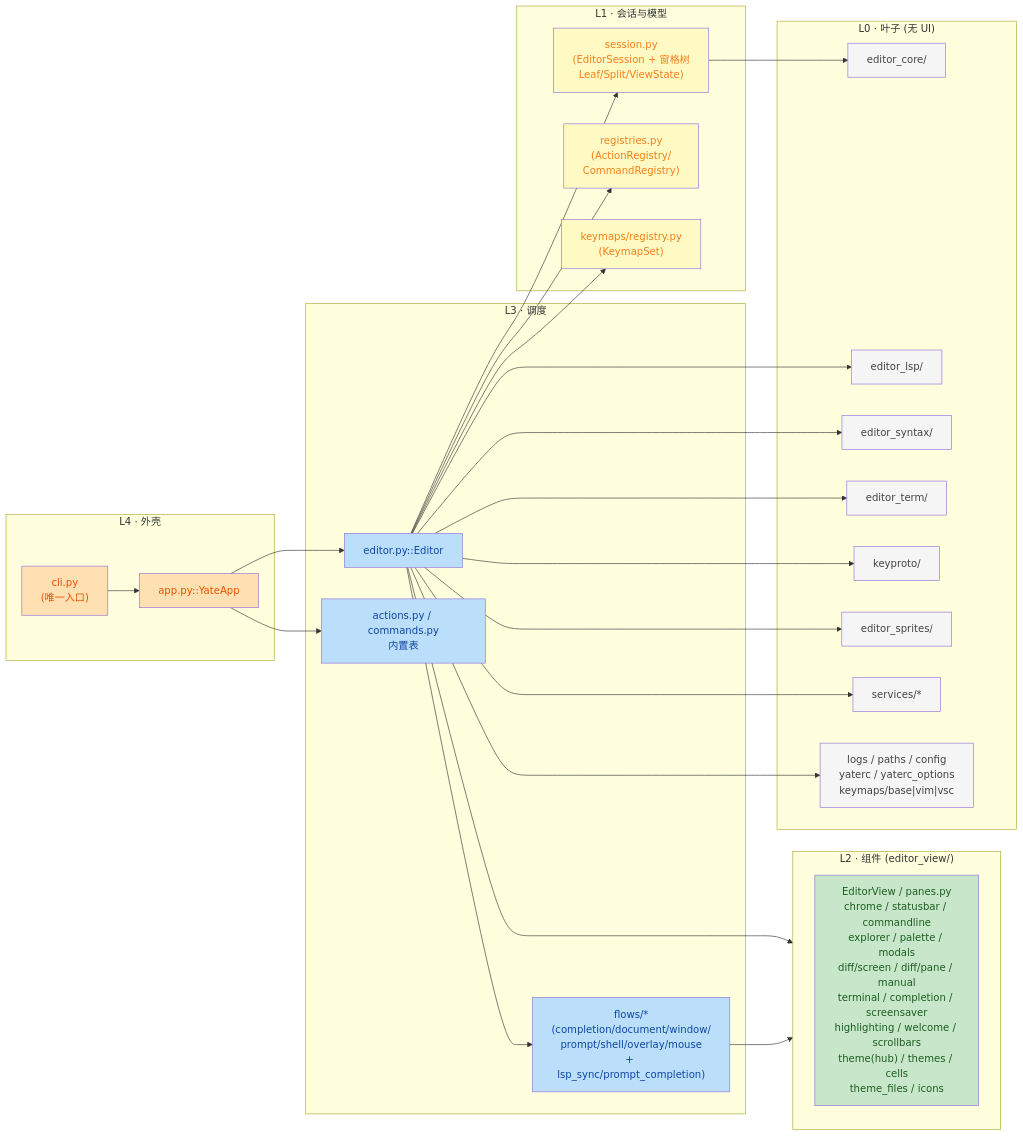
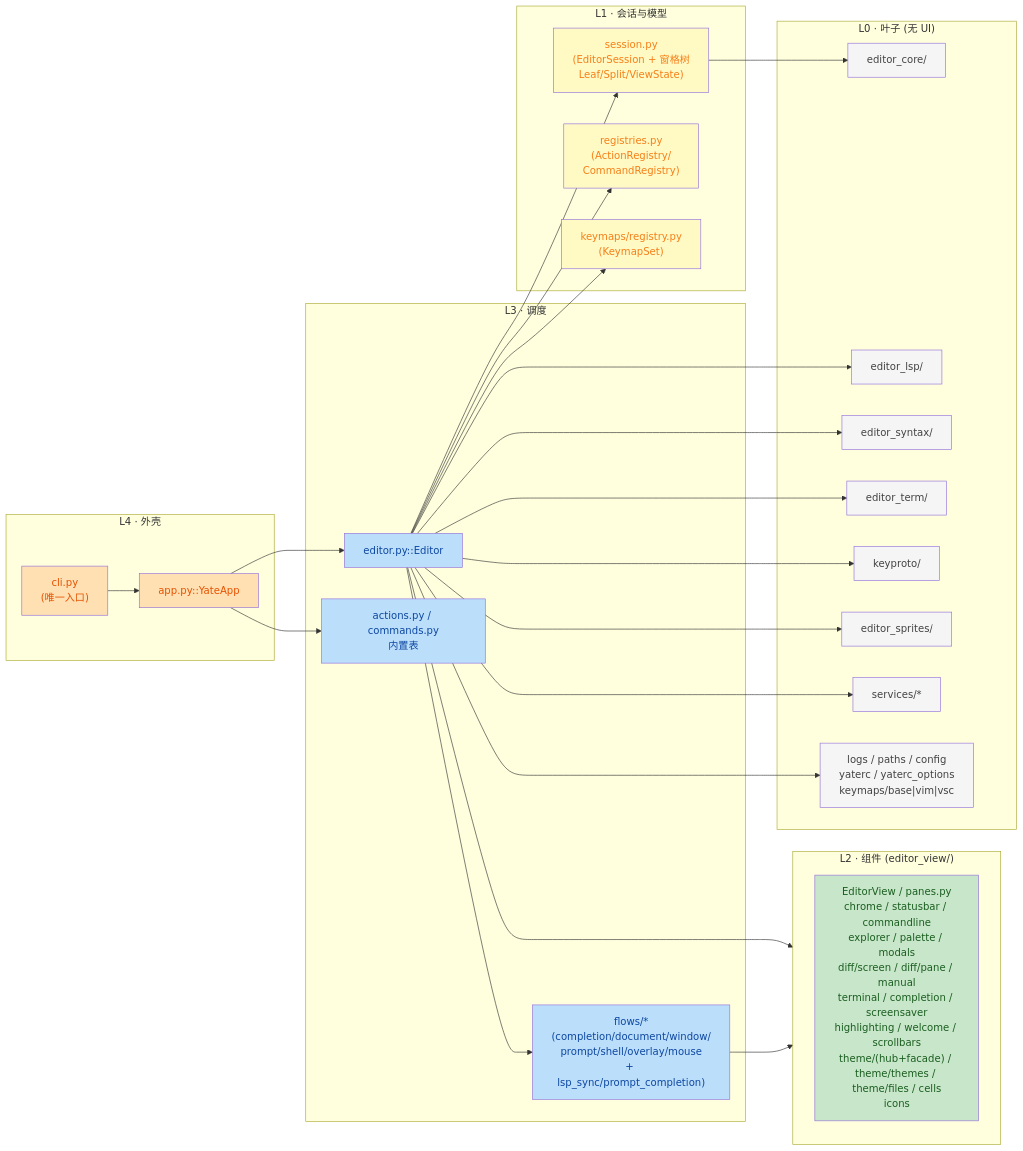
Before and after one commit to BigThxBrigde/yate: the first of 3 diagrams in .trae/wikis/yate-architecture.md, drawn with Mermaid. The commit also changed other lines of this file and 12 other files, not shown here.

Commit message:
refactor(editor-components): subpackage theme/ (facade + themes + files)

````diff
--- a/.trae/wikis/yate-architecture.md
+++ b/.trae/wikis/yate-architecture.md
@@ -14,57 +14,57 @@
 ```mermaid
 flowchart LR
     subgraph L4["L4 · 外壳"]
         CLI["cli.py<br/>(唯一入口)"]
         APP["app.py::YateApp"]
     end
     subgraph L3["L3 · 调度"]
         ED["editor.py::Editor"]
         ACT["actions.py / commands.py<br/>内置表"]
         FLOWS["flows/*<br/>(completion/document/window/<br/>prompt/shell/overlay/mouse<br/>+ lsp_sync/prompt_completion)"]
     end
     subgraph L2["L2 · 组件 (editor_view/)"]
-        EV["EditorView / panes.py<br/>chrome / statusbar / commandline<br/>explorer / palette / modals<br/>diff/screen / diff/pane / manual<br/>terminal / completion / screensaver<br/>highlighting / welcome / scrollbars<br/>theme(hub) / themes / cells<br/>theme_files / icons"]
+        EV["EditorView / panes.py<br/>chrome / statusbar / commandline<br/>explorer / palette / modals<br/>diff/screen / diff/pane / manual<br/>terminal / completion / screensaver<br/>highlighting / welcome / scrollbars<br/>theme/(hub+facade) / theme/themes / theme/files / cells<br/>icons"]
     end
     subgraph L1["L1 · 会话与模型"]
         SES["session.py<br/>(EditorSession + 窗格树<br/>Leaf/Split/ViewState)"]
         REG["registries.py<br/>(ActionRegistry/<br/>CommandRegistry)"]
         KMREG["keymaps/registry.py<br/>(KeymapSet)"]
     end
     subgraph L0["L0 · 叶子 (无 UI)"]
         CORE["editor_core/"]
         LSP["editor_lsp/"]
         SYN["editor_syntax/"]
         TERM["editor_term/"]
         KP["keyproto/"]
         SPR["editor_sprites/"]
         SRV["services/*"]
         MISC["logs / paths / config<br/>yaterc / yaterc_options<br/>keymaps/base|vim|vsc"]
     end
     CLI --> APP
     APP --> ED
     APP --> ACT
     ED --> FLOWS
     ED --> L2
     ED --> SES
     ED --> REG
     ED --> KMREG
     FLOWS --> L2
     SES --> CORE
     ED --> LSP
     ED --> SYN
     ED --> TERM
     ED --> KP
     ED --> SPR
     ED --> SRV
     ED --> MISC
     classDef l4 fill:#ffe0b2,color:#e65100
     classDef l3 fill:#bbdefb,color:#0d47a1
     classDef l2 fill:#c8e6c9,color:#1a5e20
     classDef l1 fill:#fff9c4,color:#f57f17
     classDef l0 fill:#f5f5f5,color:#424242
     class CLI,APP l4
     class ED,ACT,FLOWS l3
     class EV l2
     class SES,REG,KMREG l1
     class CORE,LSP,SYN,TERM,KP,SPR,SRV,MISC l0
 ```
````
